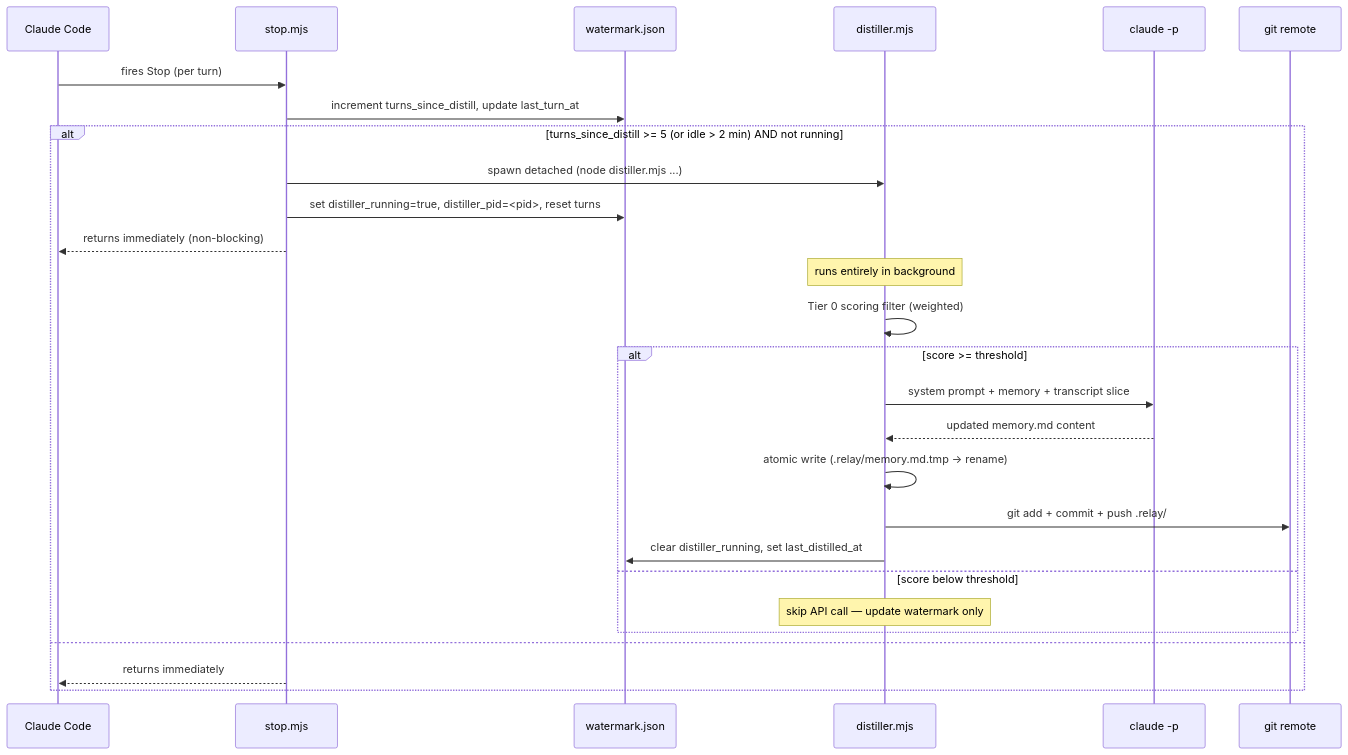
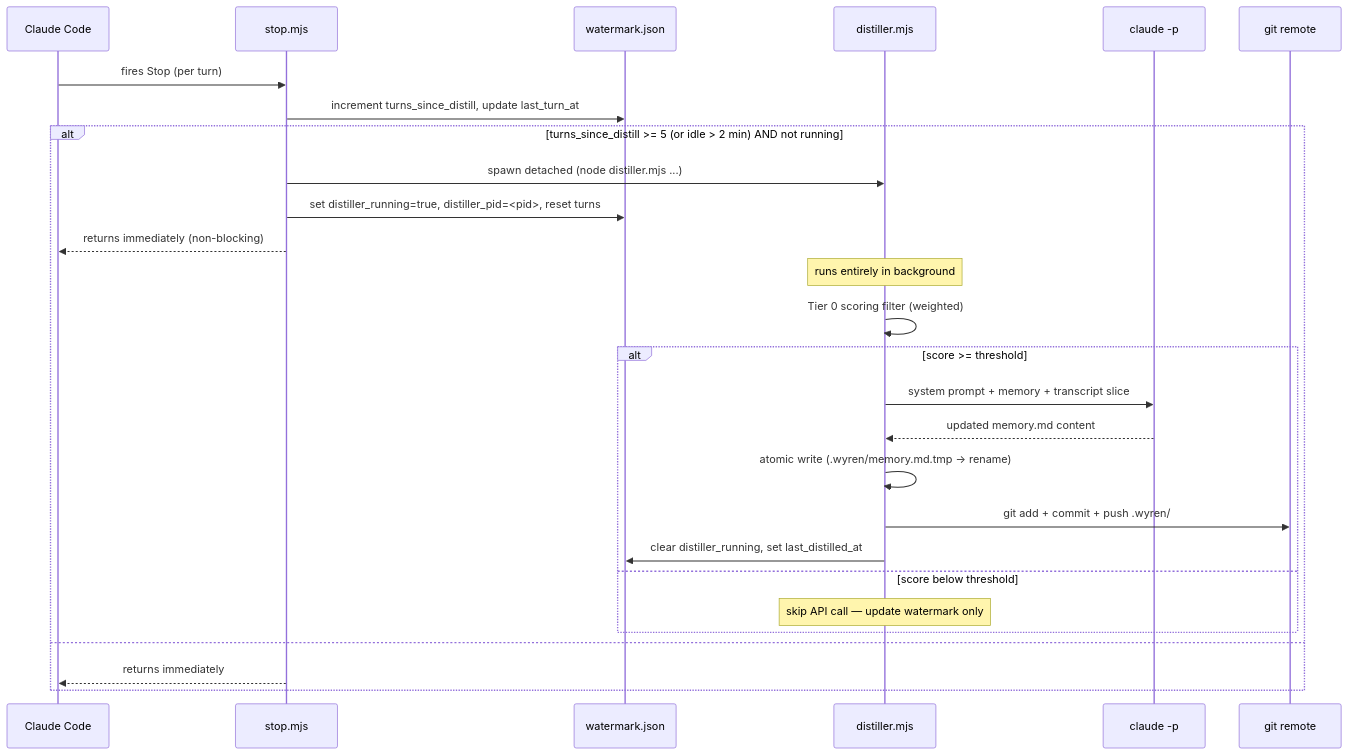
One commit to ssm-08/wyren changed the fourth of 4 diagrams in docs-site/src/content/docs/architecture.md. Above: the diagram before and after it, drawn with Mermaid. The commit also changed other lines of this file and 62 other files, not shown here.

Commit message:
Renaming project from relay to wyren

````diff
--- a/docs-site/src/content/docs/architecture.md
+++ b/docs-site/src/content/docs/architecture.md
@@ -100,30 +100,30 @@
 ```mermaid
 sequenceDiagram
     participant CC as Claude Code
     participant Stop as stop.mjs
     participant State as watermark.json
     participant Dist as distiller.mjs
     participant Claude as claude -p
     participant Git as git remote
 
     CC->>Stop: fires Stop (per turn)
     Stop->>State: increment turns_since_distill, update last_turn_at
     alt turns_since_distill >= 5 (or idle > 2 min) AND not running
         Stop->>Dist: spawn detached (node distiller.mjs ...)
         Stop->>State: set distiller_running=true, distiller_pid=<pid>, reset turns
         Stop-->>CC: returns immediately (non-blocking)
         Note over Dist: runs entirely in background
         Dist->>Dist: Tier 0 scoring filter (weighted)
         alt score >= threshold
             Dist->>Claude: system prompt + memory + transcript slice
             Claude-->>Dist: updated memory.md content
-            Dist->>Dist: atomic write (.relay/memory.md.tmp → rename)
-            Dist->>Git: git add + commit + push .relay/
+            Dist->>Dist: atomic write (.wyren/memory.md.tmp → rename)
+            Dist->>Git: git add + commit + push .wyren/
             Dist->>State: clear distiller_running, set last_distilled_at
         else score below threshold
             Note over Dist: skip API call — update watermark only
         end
     else
         Stop-->>CC: returns immediately
     end
 ```
````
